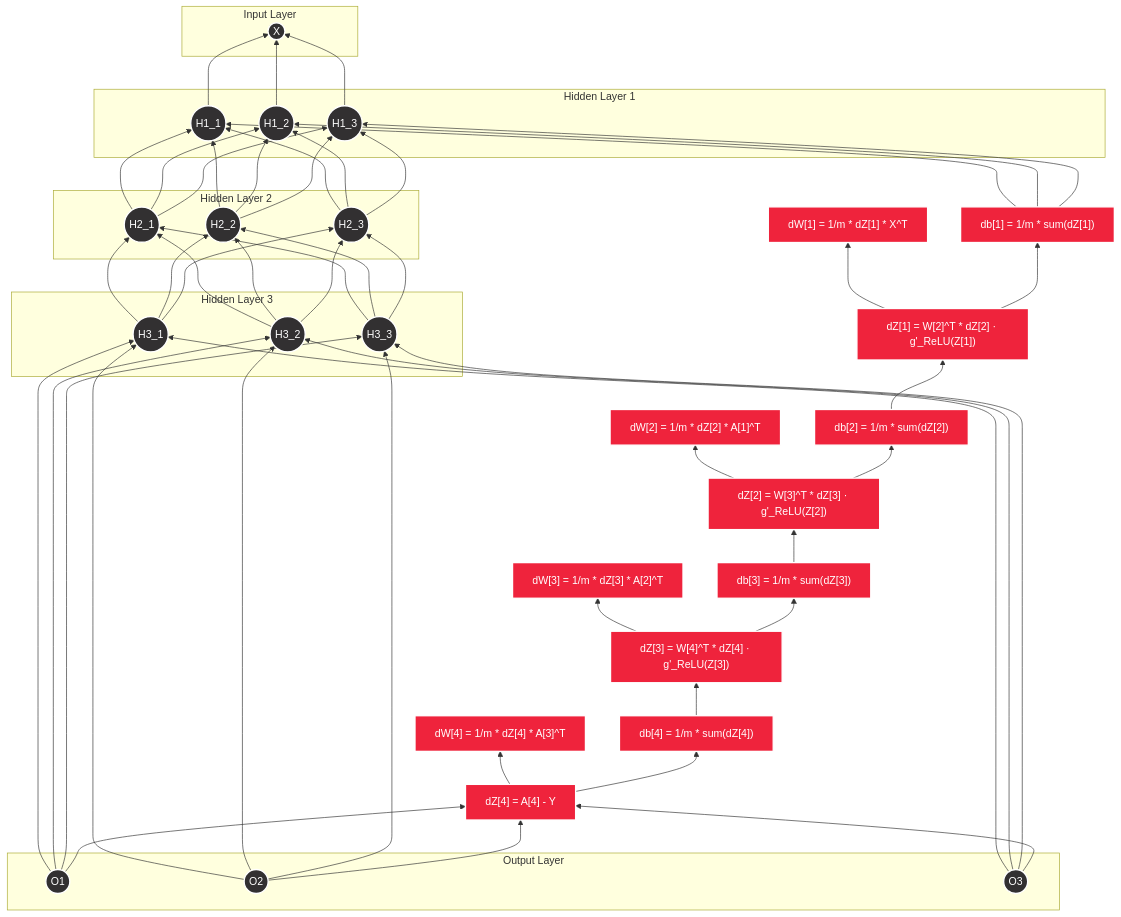
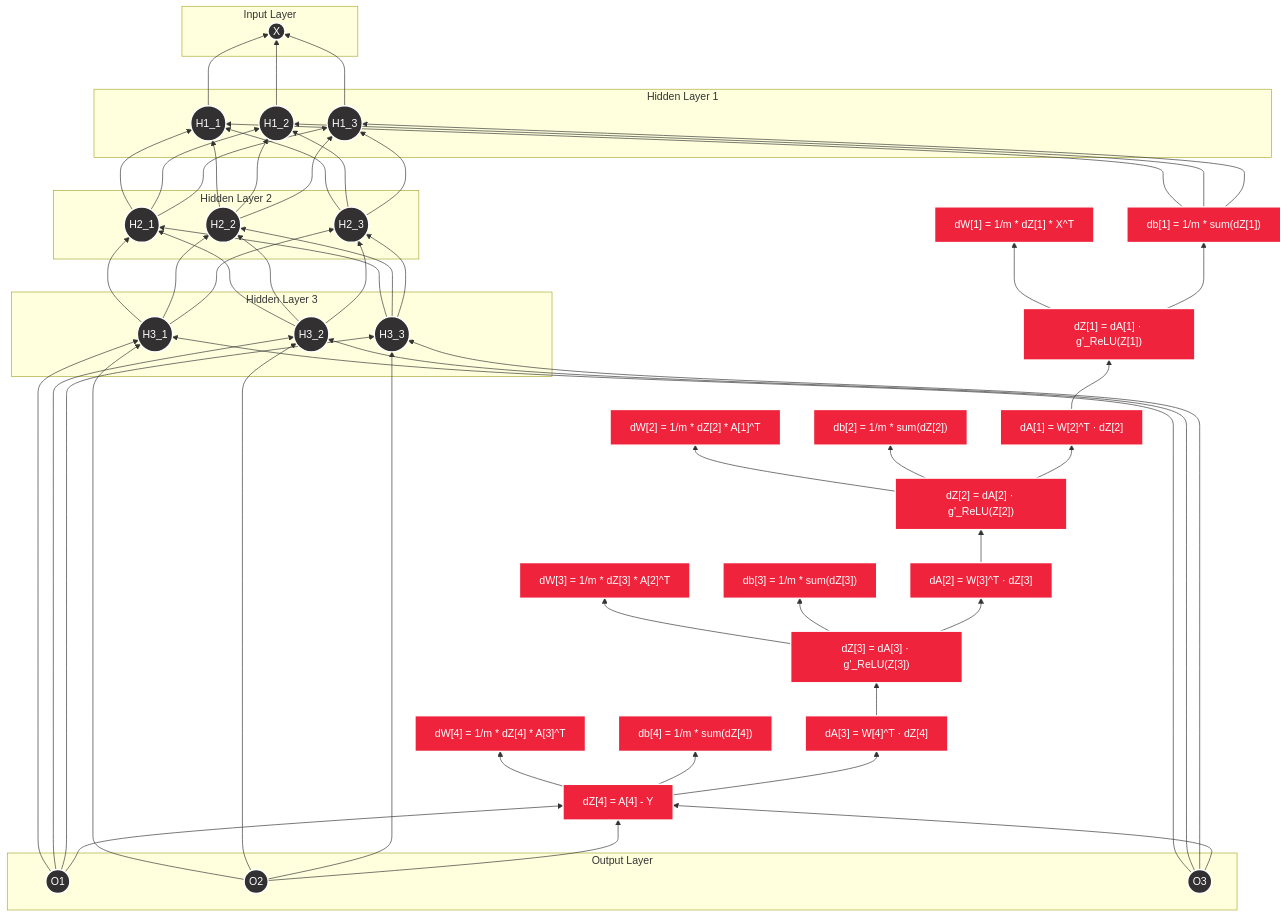
Before and after one commit to ahammadnafiz/ahammadnafiz.github.io: the fourth of 4 diagrams in _posts/2024-09-21-Backprop-by-Hand-A-Deep-Dive-into-Neural-Networks-(NN).md, drawn with Mermaid. The commit also changed other lines of this file, not shown here.

Commit message:
Update backprop diagram

````diff
--- a/_posts/2024-09-21-Backprop-by-Hand-A-Deep-Dive-into-Neural-Networks-(NN).md
+++ b/_posts/2024-09-21-Backprop-by-Hand-A-Deep-Dive-into-Neural-Networks-(NN).md
@@ -832,62 +831,68 @@
 ```mermaid
 graph BT
     subgraph "Input Layer"
         X((X))
     end
     subgraph "Hidden Layer 1"
         H1_1((H1_1))
         H1_2((H1_2))
         H1_3((H1_3))
     end
     subgraph "Hidden Layer 2"
         H2_1((H2_1))
         H2_2((H2_2))
         H2_3((H2_3))
     end
     subgraph "Hidden Layer 3"
         H3_1((H3_1))
         H3_2((H3_2))
         H3_3((H3_3))
     end
     subgraph "Output Layer"
         O1((O1))
         O2((O2))
         O3((O3))
     end
 
     O1 & O2 & O3 --> H3_1 & H3_2 & H3_3
     H3_1 & H3_2 & H3_3 --> H2_1 & H2_2 & H2_3
     H2_1 & H2_2 & H2_3 --> H1_1 & H1_2 & H1_3
     H1_1 & H1_2 & H1_3 --> X
 
     EQ1["dZ[4] = A[4] - Y"]
     EQ2["dW[4] = 1/m * dZ[4] * A[3]^T"]
     EQ3["db[4] = 1/m * sum(dZ[4])"]
-    EQ4["dZ[3] = W[4]^T * dZ[4] · g'_ReLU(Z[3])"]
-    EQ5["dW[3] = 1/m * dZ[3] * A[2]^T"]
-    EQ6["db[3] = 1/m * sum(dZ[3])"]
-    EQ7["dZ[2] = W[3]^T * dZ[3] · g'_ReLU(Z[2])"]
-    EQ8["dW[2] = 1/m * dZ[2] * A[1]^T"]
-    EQ9["db[2] = 1/m * sum(dZ[2])"]
-    EQ10["dZ[1] = W[2]^T * dZ[2] · g'_ReLU(Z[1])"]
-    EQ11["dW[1] = 1/m * dZ[1] * X^T"]
-    EQ12["db[1] = 1/m * sum(dZ[1])"]
+    EQ4["dA[3] = W[4]^T · dZ[4]"]
+    EQ5["dZ[3] = dA[3] · g'_ReLU(Z[3])"]
+    EQ6["dW[3] = 1/m * dZ[3] * A[2]^T"]
+    EQ7["db[3] = 1/m * sum(dZ[3])"]
+    EQ8["dA[2] = W[3]^T · dZ[3]"]
+    EQ9["dZ[2] = dA[2] · g'_ReLU(Z[2])"]
+    EQ10["dW[2] = 1/m * dZ[2] * A[1]^T"]
+    EQ11["db[2] = 1/m * sum(dZ[2])"]
+    EQ12["dA[1] = W[2]^T · dZ[2]"]
+    EQ13["dZ[1] = dA[1] · g'_ReLU(Z[1])"]
+    EQ14["dW[1] = 1/m * dZ[1] * X^T"]
+    EQ15["db[1] = 1/m * sum(dZ[1])"]
 
     O1 & O2 & O3 --> EQ1
     EQ1 --> EQ2
     EQ1 --> EQ3
-    EQ3 --> EQ4
+    EQ1 --> EQ4
     EQ4 --> EQ5
-    EQ4 --> EQ6
-    EQ6 --> EQ7
-    EQ7 --> EQ8
-    EQ7 --> EQ9
+    EQ5 --> EQ6
+    EQ5 --> EQ7
+    EQ5 --> EQ8
+    EQ8 --> EQ9
     EQ9 --> EQ10
-    EQ10 --> EQ11
-    EQ10 --> EQ12
-    EQ12 --> H1_1 & H1_2 & H1_3
+    EQ9 --> EQ11
+    EQ9 --> EQ12
+    EQ12 --> EQ13
+    EQ13 --> EQ14
+    EQ13 --> EQ15
+    EQ15 --> H1_1 & H1_2 & H1_3
 
     classDef default fill:#323031,stroke:#fff,stroke-width:2px,color:#fff;
     classDef equation fill:#ef233c,stroke:#fff,stroke-width:2px,color:#fff;
-    class EQ1,EQ2,EQ3,EQ4,EQ5,EQ6,EQ7,EQ8,EQ9,EQ10,EQ11,EQ12 equation;
+    class EQ1,EQ2,EQ3,EQ4,EQ5,EQ6,EQ7,EQ8,EQ9,EQ10,EQ11,EQ12,EQ13,EQ14,EQ15 equation;
 ```
````
